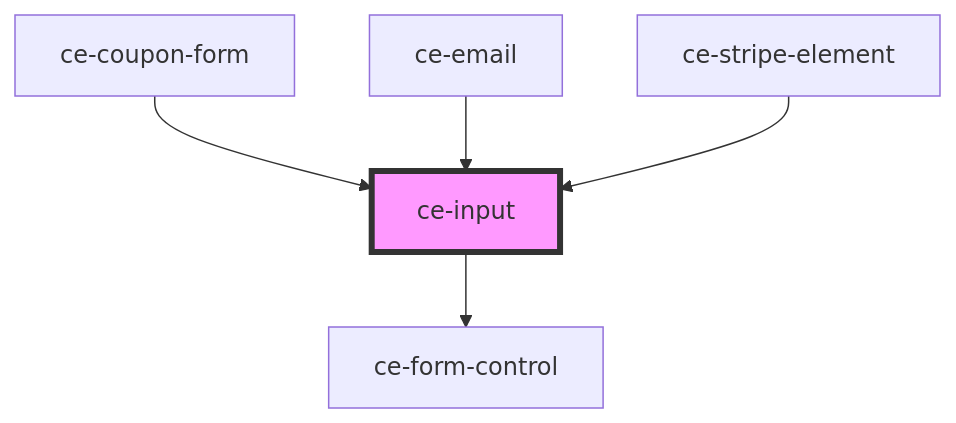
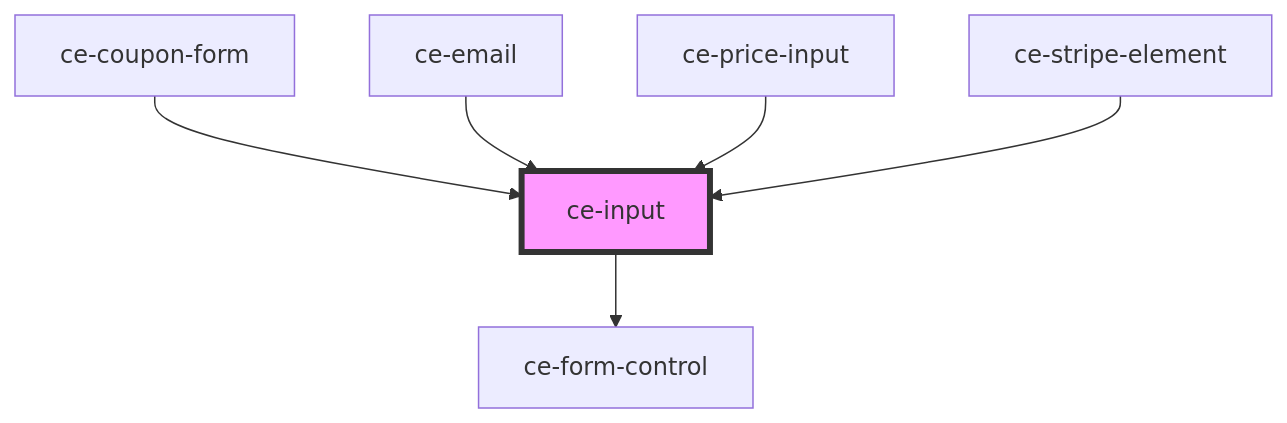
Before and after one commit to surecart/surecart-wp-plugin: the diagram in packages/components/src/components/ui/input/readme.md, drawn with Mermaid. The commit also changed other lines of this file and 59 other files, not shown here.

````diff
--- a/packages/components/src/components/ui/input/readme.md
+++ b/packages/components/src/components/ui/input/readme.md
@@ -124,8 +125,9 @@
 ```mermaid
 graph TD;
   ce-input --> ce-form-control
   ce-coupon-form --> ce-input
   ce-email --> ce-input
+  ce-price-input --> ce-input
   ce-stripe-element --> ce-input
   style ce-input fill:#f9f,stroke:#333,stroke-width:4px
 ```
````
